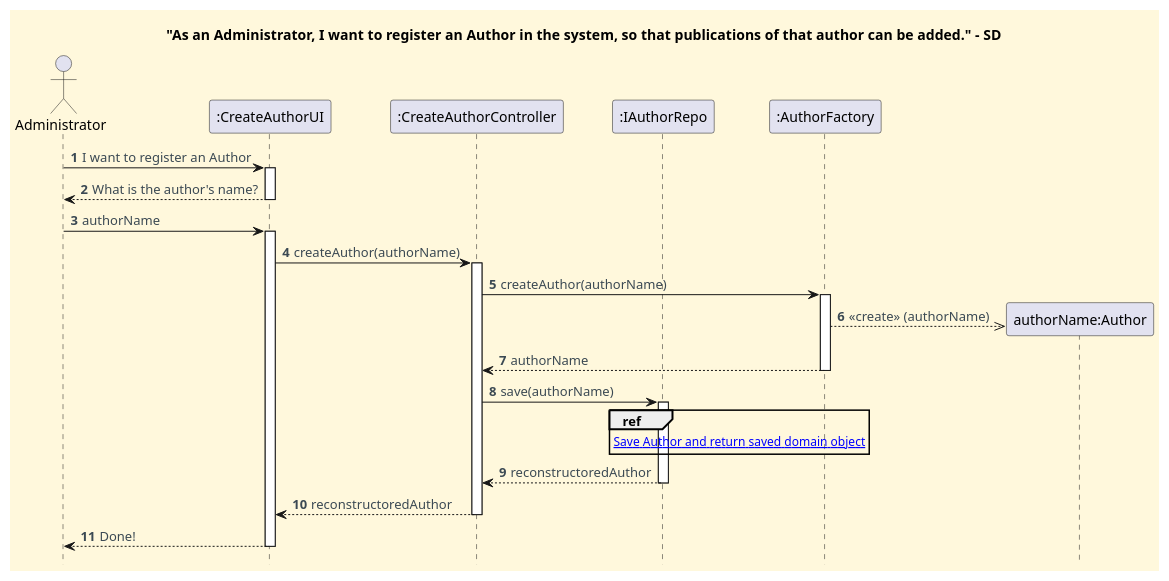
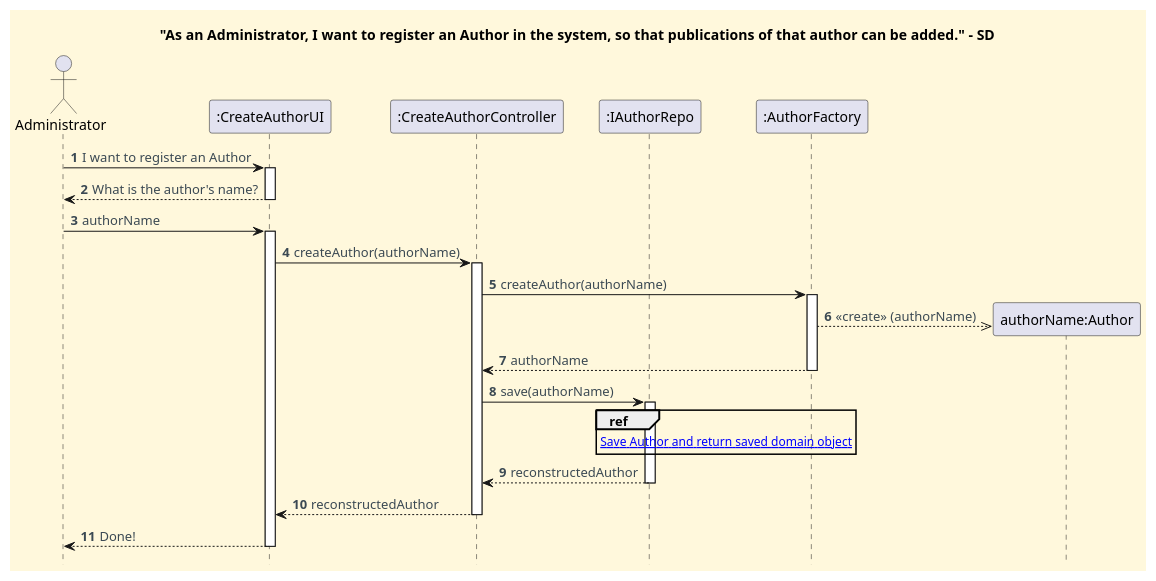
The diagram in docs/functionalities/admin/register-author/To_Register_An_Author_SD.puml (CarolinaLeite-collab/JavaMarketplacePlatform), drawn with PlantUML before and after one commit.

Commit message:
fix: typo in sequence diagram message name, refs #782

```diff
--- a/docs/functionalities/admin/register-author/To_Register_An_Author_SD.puml
+++ b/docs/functionalities/admin/register-author/To_Register_An_Author_SD.puml
@@ -1,67 +1,67 @@
 @startuml
 '==== Title ====
 title "As an Administrator, I want to register an Author in the system, so that publications of that author can be added." - SD
 
 
 '==== basic style ====
 skinparam monochrome false
 skinparam shadowing false
 skinparam defaultFontName Futura
 skinparam objectFontSize 20
 skinparam backgroundColor CornSilk
 skinparam objectBackgroundColor WhiteSmoke
 skinparam noteBackgroundColor #FFFFE0
 skinparam ArrowFontColor #3B4953
 skinparam ActivationBackgroundColor black
 hidefootbox
 autonumber
 autoactivate off
 
 
 ' ==== Actor and participants ====
 actor Administrator
 participant ":CreateAuthorUI" as UI
 participant ":CreateAuthorController" as CTL
 participant ":IAuthorRepo" as IA
 participant ":AuthorFactory" as factory
 
 
 '==== UI interaction ====
 Administrator -> UI: I want to register an Author
 activate UI
 
 UI --> Administrator: What is the author's name?
 deactivate UI
 
 Administrator -> UI: authorName
 activate UI
 
 UI -> CTL: createAuthor(authorName)
 
 activate CTL
 
 CTL -> factory: createAuthor(authorName)
 
 activate factory
 create "authorName:Author"
 factory -->> "authorName:Author": <<create>> (authorName)
 factory --> CTL: authorName
 deactivate factory
 
 CTL -> IA: save(authorName)
 activate IA
 
 ref over IA
 [[sd-ref-diagrams/Save_Author.puml Save Author and return saved domain object]]
 end ref
 
-IA --> CTL: reconstructoredAuthor
+IA --> CTL: reconstructedAuthor
 deactivate IA
 
-CTL --> UI: reconstructoredAuthor
+CTL --> UI: reconstructedAuthor
 deactivate CTL
 
 UI --> Administrator: Done!
 deactivate UI
 
 @enduml
```
